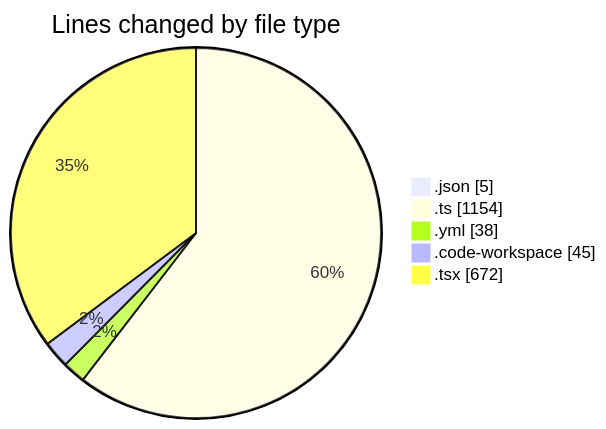
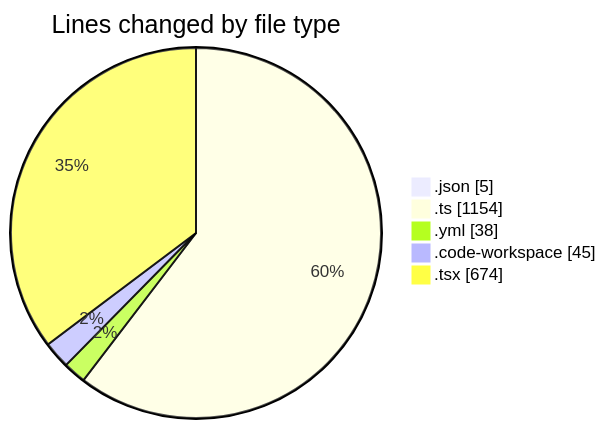
One commit to julien-gomy/code-tracking changed the first of 2 diagrams in 2025-11-25/eventscop-frontend-guide__workspace_/README.md. Above: the diagram before and after it, drawn with Mermaid. The commit also changed other lines of this file and 1 other file, not shown here.

````diff
--- a/2025-11-25/eventscop-frontend-guide__workspace_/README.md
+++ b/2025-11-25/eventscop-frontend-guide__workspace_/README.md
@@ -31,9 +31,9 @@
 ```mermaid
 pie showData
 title Lines changed by file type
 ".json" : 5
 ".ts" : 1154
 ".yml" : 38
 ".code-workspace" : 45
-".tsx" : 672
+".tsx" : 674
 ```
````
